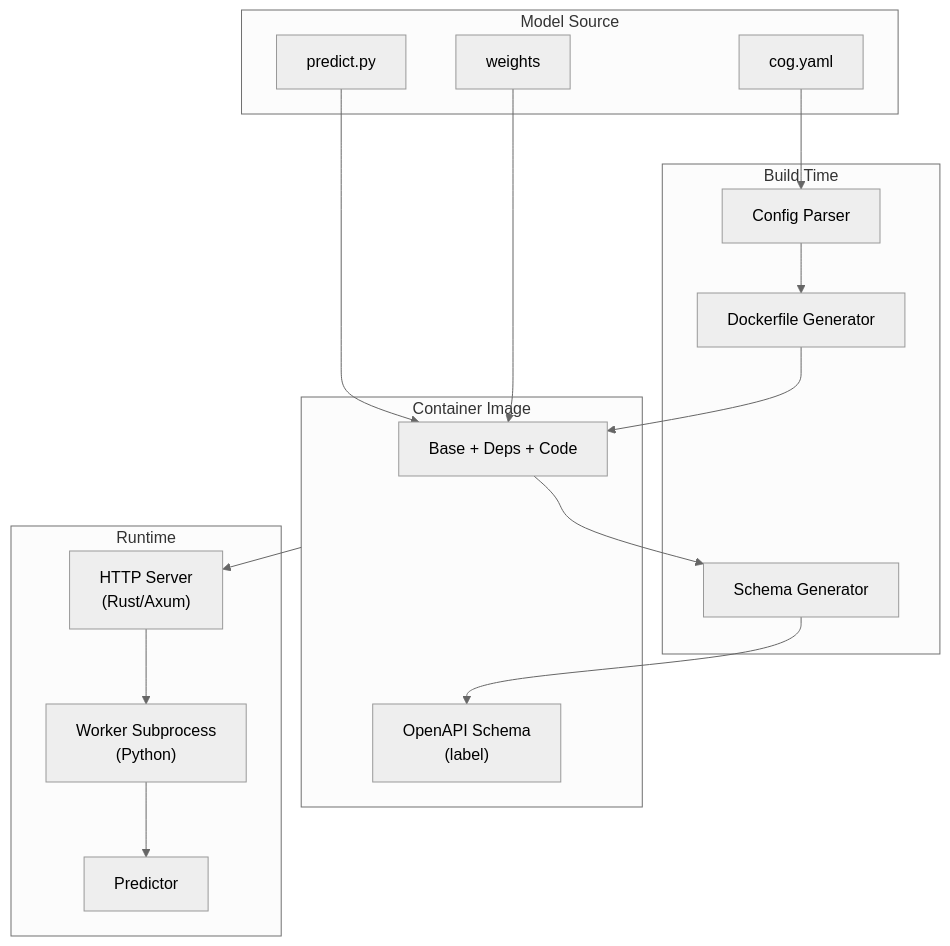
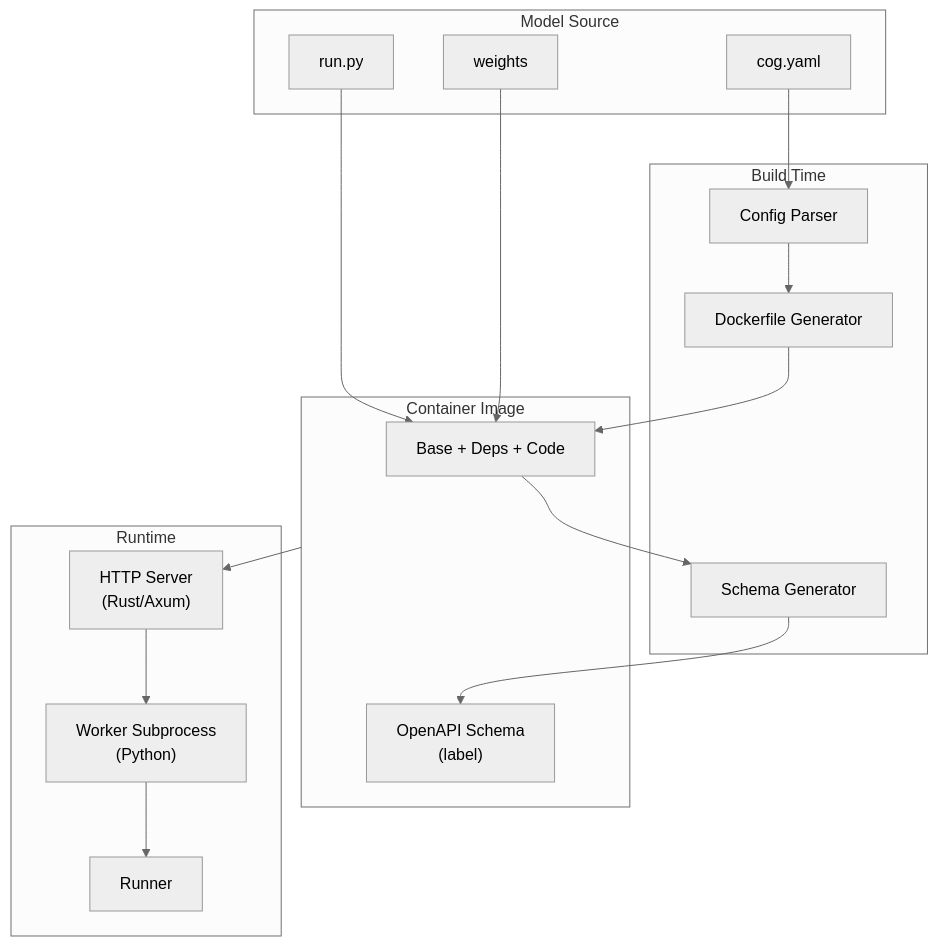
Before and after one commit to replicate/cog: the second of 2 diagrams in architecture/00-overview.md, drawn with Mermaid (neutral theme). The commit also changed other lines of this file and 73 other files, not shown here.

First line of the commit message:
feat: Rename predict to run with backward compatibility (#3015)

````diff
--- a/architecture/00-overview.md
+++ b/architecture/00-overview.md
@@ -92,38 +92,38 @@
 ```mermaid
 flowchart TB
     subgraph source["Model Source"]
         yaml["cog.yaml"]
-        code["predict.py"]
+        code["run.py"]
         weights["weights"]
     end
 
     subgraph build["Build Time"]
         config["Config Parser"]
         generator["Dockerfile Generator"]
         schema_gen["Schema Generator"]
     end
 
     subgraph image["Container Image"]
         layers["Base + Deps + Code"]
         schema["OpenAPI Schema<br/>(label)"]
     end
 
     subgraph runtime["Runtime"]
         server["HTTP Server<br/>(Rust/Axum)"]
         worker["Worker Subprocess<br/>(Python)"]
-        predictor["Predictor"]
+        predictor["Runner"]
     end
 
     yaml --> config
     config --> generator
     generator --> layers
     code --> layers
     weights --> layers
 
     layers --> schema_gen
     schema_gen --> schema
 
     image --> server
     server --> worker
     worker --> predictor
 ```
````
